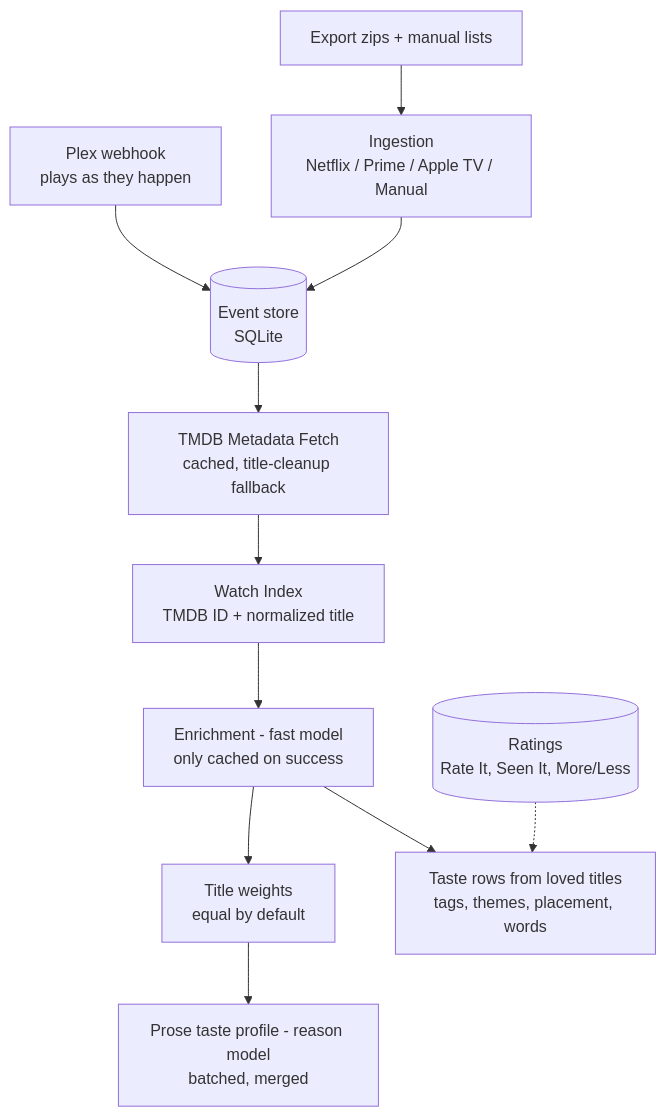
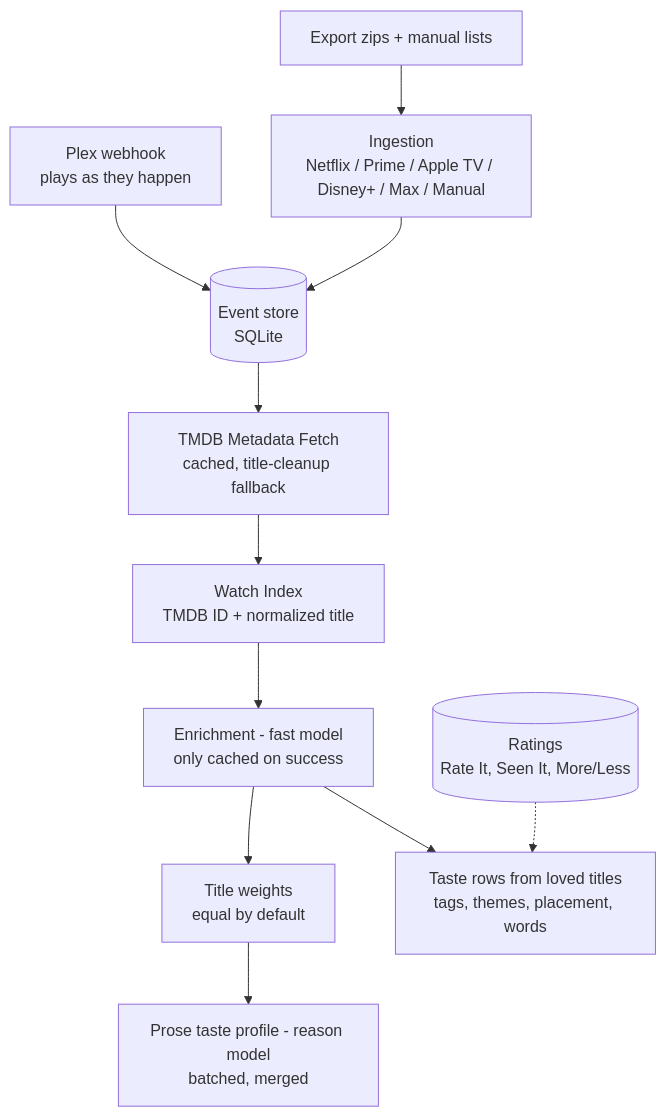
Before and after one commit to abhichandra21/streamline: the first of 2 diagrams in site/src/content/docs/reference/architecture.md, drawn with Mermaid. The commit also changed 4 other files, not shown here.

First line of the commit message:
Docs: list Disney+ and Max with the other services

````diff
--- a/site/src/content/docs/reference/architecture.md
+++ b/site/src/content/docs/reference/architecture.md
@@ -10,13 +10,13 @@
 ```mermaid
 flowchart TD
-    A["Export zips + manual lists"] --> B["Ingestion<br/>Netflix / Prime / Apple TV / Manual"]
+    A["Export zips + manual lists"] --> B["Ingestion<br/>Netflix / Prime / Apple TV / Disney+ / Max / Manual"]
     P["Plex webhook<br/>plays as they happen"] --> S
     B --> S[("Event store<br/>SQLite")]
     S --> C["TMDB Metadata Fetch<br/>cached, title-cleanup fallback"]
     C --> D["Watch Index<br/>TMDB ID + normalized title"]
     D --> E["Enrichment - fast model<br/>only cached on success"]
     E --> F["Title weights<br/>equal by default"]
     F --> G["Prose taste profile - reason model<br/>batched, merged"]
     E --> T["Taste rows from loved titles<br/>tags, themes, placement, words"]
     R[("Ratings<br/>Rate It, Seen It, More/Less")] -.-> T
 ```
````
